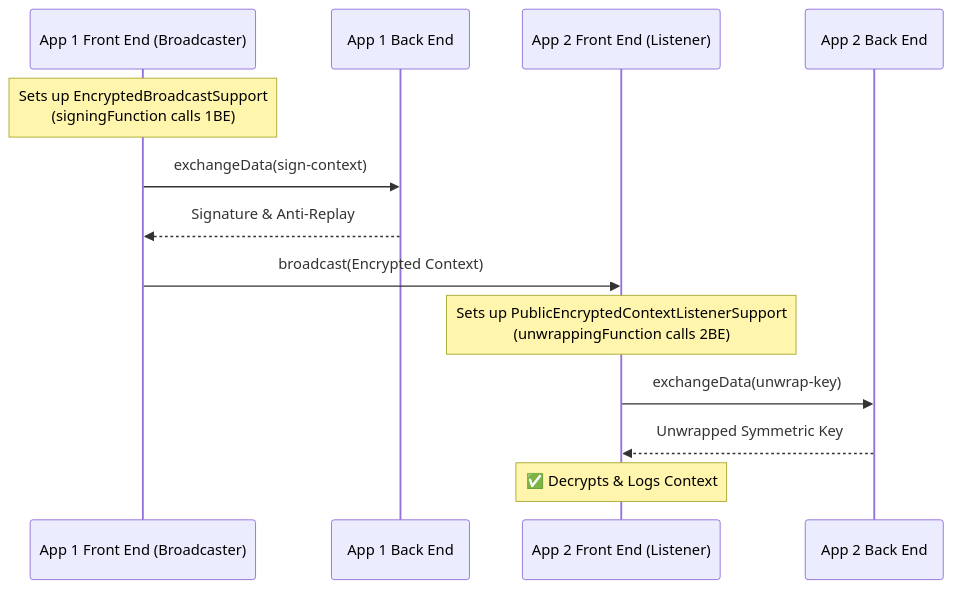
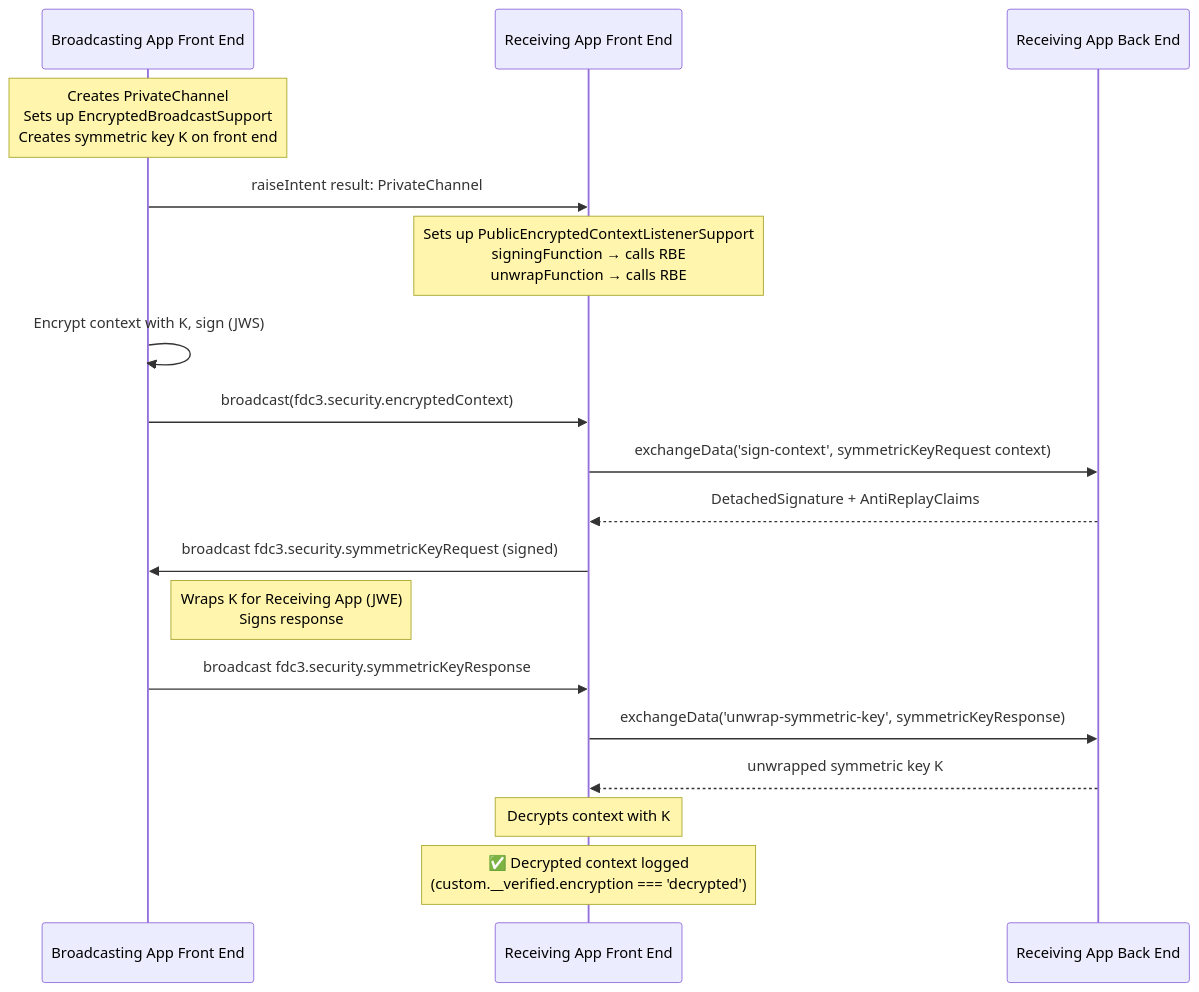
One commit to finos/FDC3 changed the second of 5 diagrams in packages/fdc3-security/samples/README.md. Above: the diagram before and after it, drawn with Mermaid. The commit also changed other lines of this file and 1 other file, not shown here.

Commit message:
fdc3-security README file fixes

````diff
--- a/packages/fdc3-security/samples/README.md
+++ b/packages/fdc3-security/samples/README.md
@@ -61,17 +76,27 @@
 ```mermaid
 sequenceDiagram
-    participant 1FE as App 1 Front End (Broadcaster)
-    participant 1BE as App 1 Back End
-    participant 2FE as App 2 Front End (Listener)
-    participant 2BE as App 2 Back End
+    participant BFE as Broadcasting App Front End
+    participant RFE as Receiving App Front End
+    participant RBE as Receiving App Back End
 
-    Note over 1FE: Sets up EncryptedBroadcastSupport<br/>(signingFunction calls 1BE)
-    1FE->>1BE: exchangeData(sign-context)
-    1BE-->>1FE: Signature & Anti-Replay
-    1FE->>2FE: broadcast(Encrypted Context)
-    
-    Note over 2FE: Sets up PublicEncryptedContextListenerSupport<br/>(unwrappingFunction calls 2BE)
-    2FE->>2BE: exchangeData(unwrap-key)
-    2BE-->>2FE: Unwrapped Symmetric Key
-    Note over 2FE: ✅ Decrypts & Logs Context
+    Note over BFE: Creates PrivateChannel<br/>Sets up EncryptedBroadcastSupport<br/>Creates symmetric key K on front end
+
+    BFE->>RFE: raiseIntent result: PrivateChannel
+    Note over RFE: Sets up PublicEncryptedContextListenerSupport<br/>signingFunction → calls RBE<br/>unwrapFunction → calls RBE
+
+    BFE->>BFE: Encrypt context with K, sign (JWS)
+    BFE->>RFE: broadcast(fdc3.security.encryptedContext)
+
+    RFE->>RBE: exchangeData('sign-context', symmetricKeyRequest context)
+    RBE-->>RFE: DetachedSignature + AntiReplayClaims
+    RFE->>BFE: broadcast fdc3.security.symmetricKeyRequest (signed)
+
+    Note right of BFE: Wraps K for Receiving App (JWE)<br/>Signs response
+    BFE->>RFE: broadcast fdc3.security.symmetricKeyResponse
+
+    RFE->>RBE: exchangeData('unwrap-symmetric-key', symmetricKeyResponse)
+    RBE-->>RFE: unwrapped symmetric key K
+
+    Note over RFE: Decrypts context with K
+    Note over RFE: ✅ Decrypted context logged<br/>(custom.__verified.encryption === 'decrypted')
 ```
````
